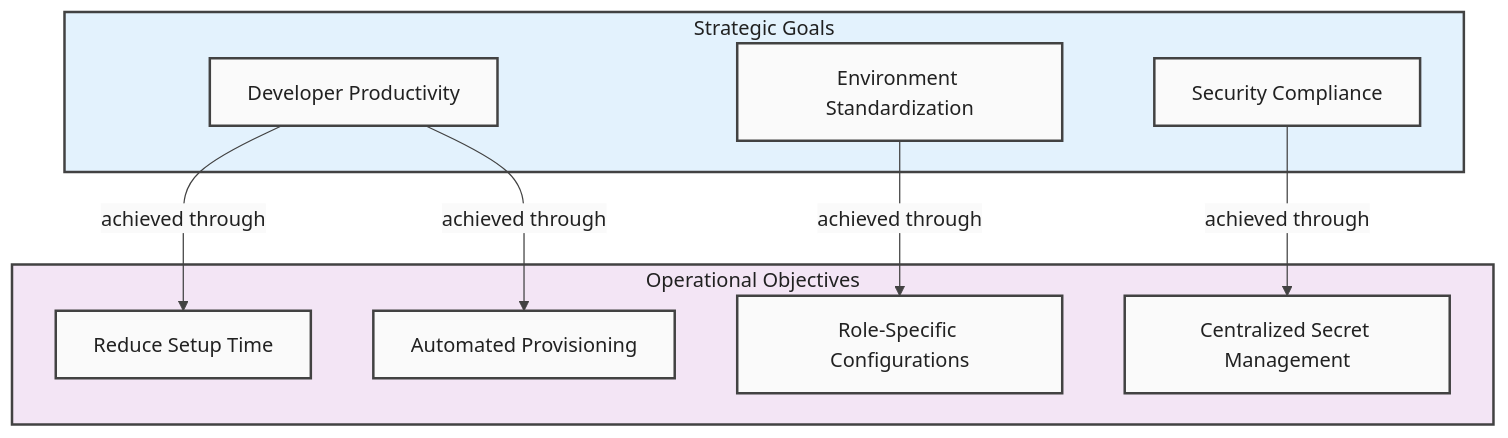
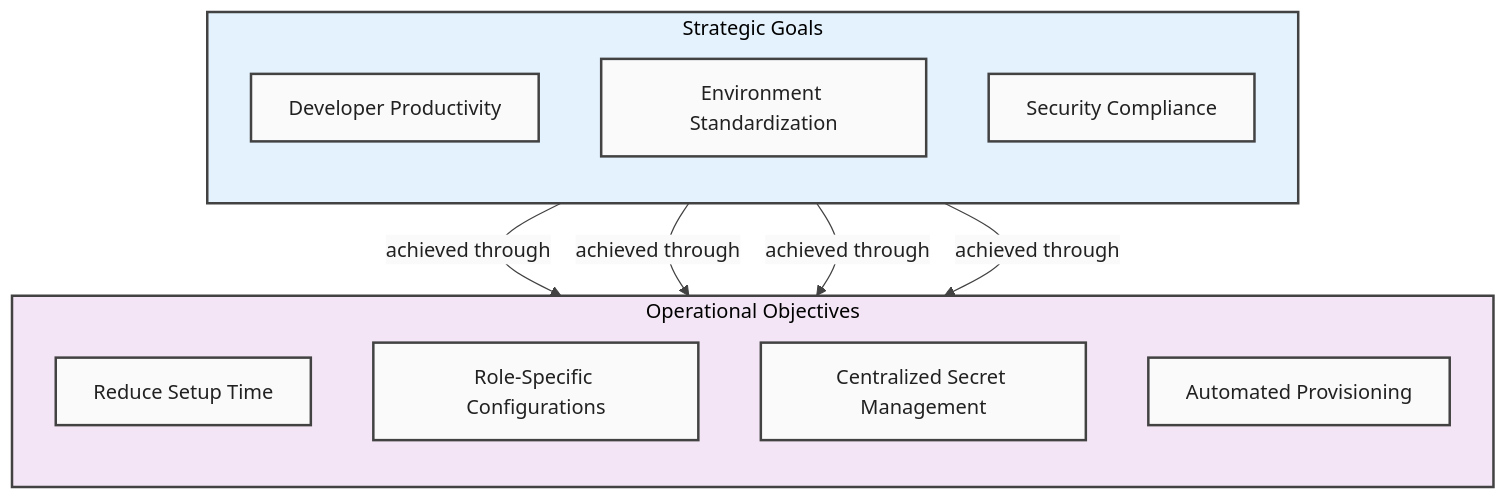
One commit to Evilazaro/DevExp-DevBox changed the seventh of 11 diagrams in docs/architecture/Business.md. Above: the diagram before and after it, drawn with Mermaid. The commit also changed other lines of this file, not shown here.

Commit message:
docs: enhance Business Architecture document with flowchart direction and styling improvements

````diff
--- a/docs/architecture/Business.md
+++ b/docs/architecture/Business.md
@@ -1165,29 +1172,34 @@
 ```mermaid
 %%{init: {'theme': 'base', 'themeVariables': { 'primaryColor': '#FAFAFA', 'primaryBorderColor': '#424242', 'primaryTextColor': '#212121', 'lineColor': '#424242'}}}%%
 flowchart TB
     %% Style Definitions
     classDef default fill:#FAFAFA,stroke:#424242,stroke-width:2px,color:#212121
     classDef level1 fill:#E3F2FD,stroke:#424242,stroke-width:2px,color:#212121
     classDef level2 fill:#F3E5F5,stroke:#424242,stroke-width:2px,color:#212121
 
     subgraph STRATEGIC["Strategic Goals"]
+        direction TB
         G1["Developer Productivity"]
         G2["Environment Standardization"]
         G3["Security Compliance"]
     end
 
     subgraph OPERATIONAL["Operational Objectives"]
+        direction TB
         O1["Reduce Setup Time"]
         O2["Role-Specific Configurations"]
         O3["Centralized Secret Management"]
         O4["Automated Provisioning"]
     end
 
     G1 -->|"achieved through"| O1
     G1 -->|"achieved through"| O4
     G2 -->|"achieved through"| O2
     G3 -->|"achieved through"| O3
 
     class STRATEGIC level1
     class OPERATIONAL level2
+
+    style STRATEGIC fill:#E3F2FD,stroke:#424242,stroke-width:2px
+    style OPERATIONAL fill:#F3E5F5,stroke:#424242,stroke-width:2px
 ```
````
